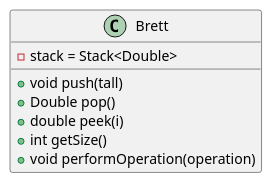
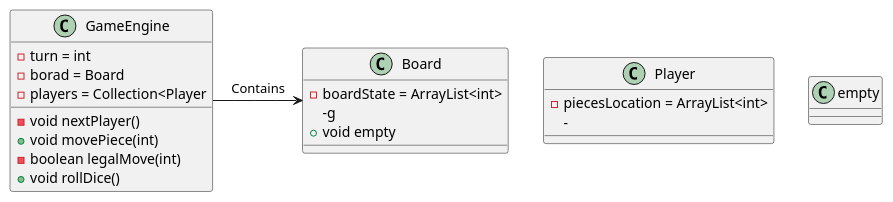
One commit to slvpilen/ludo changed the diagram in klassePlan.plantuml. Above: the diagram before and after it, drawn with PlantUML. The commit also changed 12 other files, not shown here.

Commit message:
addding plantuml

```diff
--- a/klassePlan.plantuml
+++ b/klassePlan.plantuml
@@ -1,16 +1,36 @@
 @startuml ludo
 
 
 
+class GameEngine{
+    -turn = int  
+    -borad = Board
+    -players = Collection<Player
+    -void nextPlayer()
+    +void movePiece(int)
+    -boolean legalMove(int)
+    +void rollDice()
 
-class Brett{
-    -stack = Stack<Double>
-    +void push(tall)
-    +Double pop()
-    +double peek(i)
-    +int getSize()
-    +void performOperation(operation)
+}
+
+class Player {
+
+    -piecesLocation = ArrayList<int>
+    -
+}
+
+
+class Board{
+    -boardState = ArrayList<int>
+    -g
+    +void empty
+}
+
+GameEngine -> Board : Contains 
+
+class empty{
+    
 }
 
 
 @enduml
```
